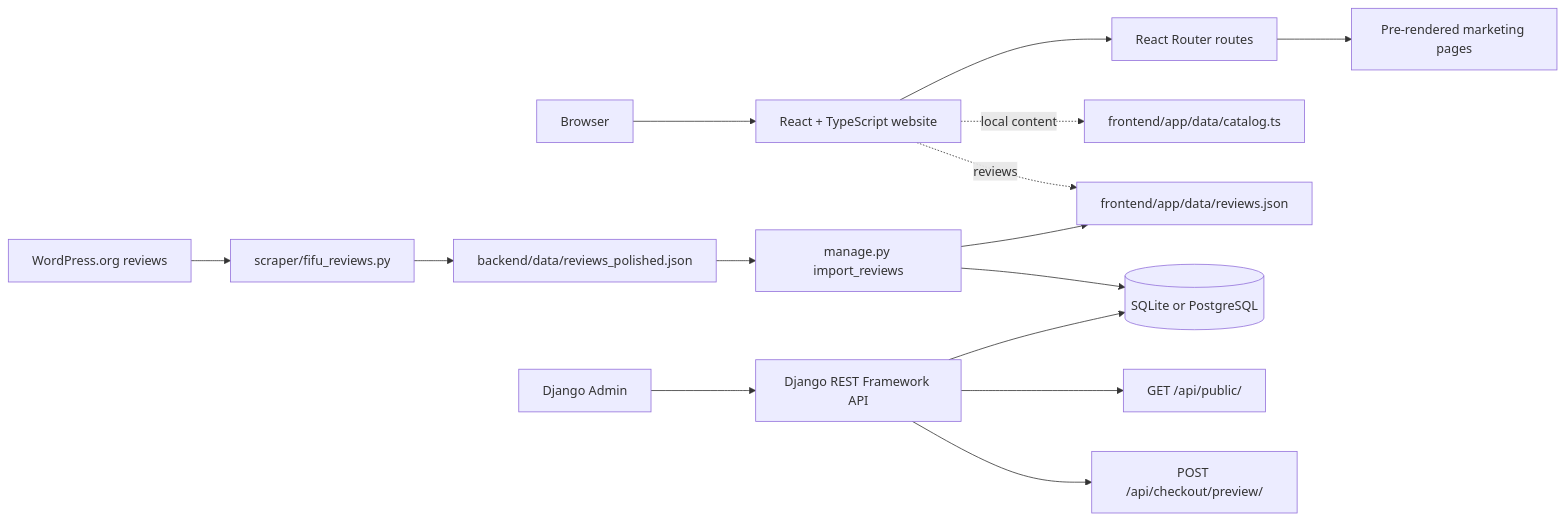
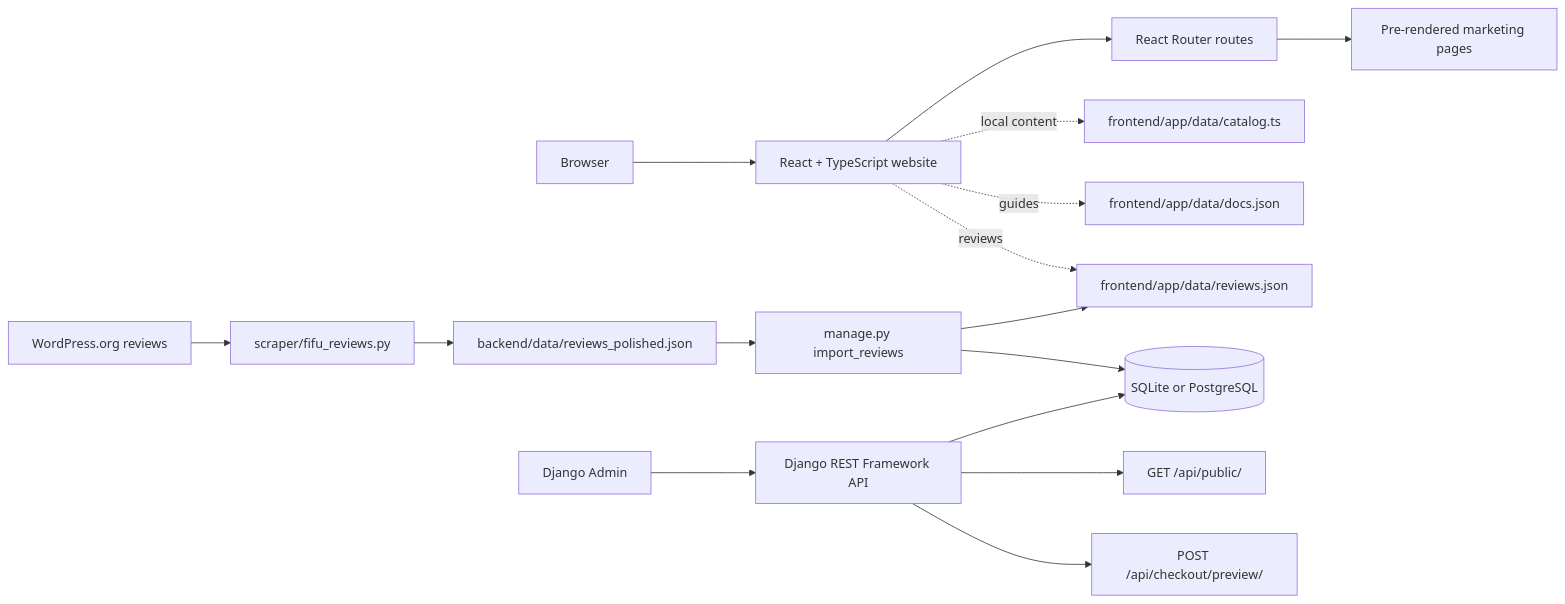
Before and after one commit to marceljm/website-fifu: the diagram in README.md, drawn with Mermaid. The commit also changed other lines of this file and 45 other files, not shown here.

````diff
--- a/README.md
+++ b/README.md
@@ -34,14 +34,15 @@
 ```mermaid
 flowchart LR
     Browser --> Frontend[React + TypeScript website]
     Frontend --> Routes[React Router routes]
     Routes --> Prerender[Pre-rendered marketing pages]
     Frontend -. local content .-> Catalog[frontend/app/data/catalog.ts]
+    Frontend -. guides .-> DocsJSON[frontend/app/data/docs.json]
     Frontend -. reviews .-> ReviewsJSON[frontend/app/data/reviews.json]
     WPorg[WordPress.org reviews] --> Scraper[scraper/fifu_reviews.py] --> Polished[backend/data/reviews_polished.json] --> Import[manage.py import_reviews] --> DB
     Import --> ReviewsJSON
     Admin[Django Admin] --> API[Django REST Framework API]
     API --> DB[(SQLite or PostgreSQL)]
     API --> Public[GET /api/public/]
     API --> Quote[POST /api/checkout/preview/]
 ```
````
